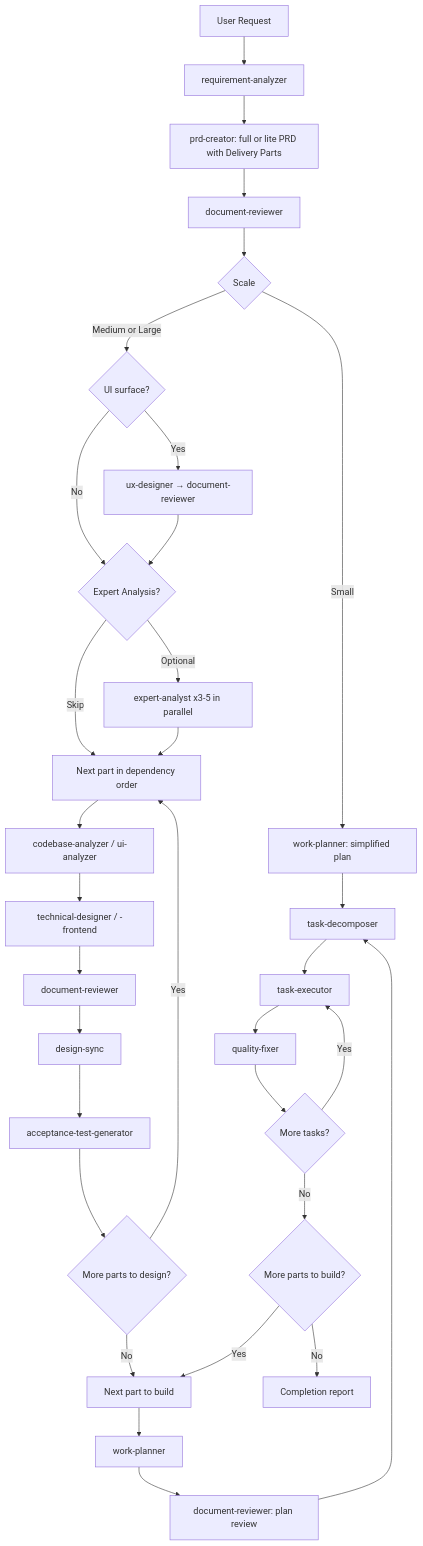
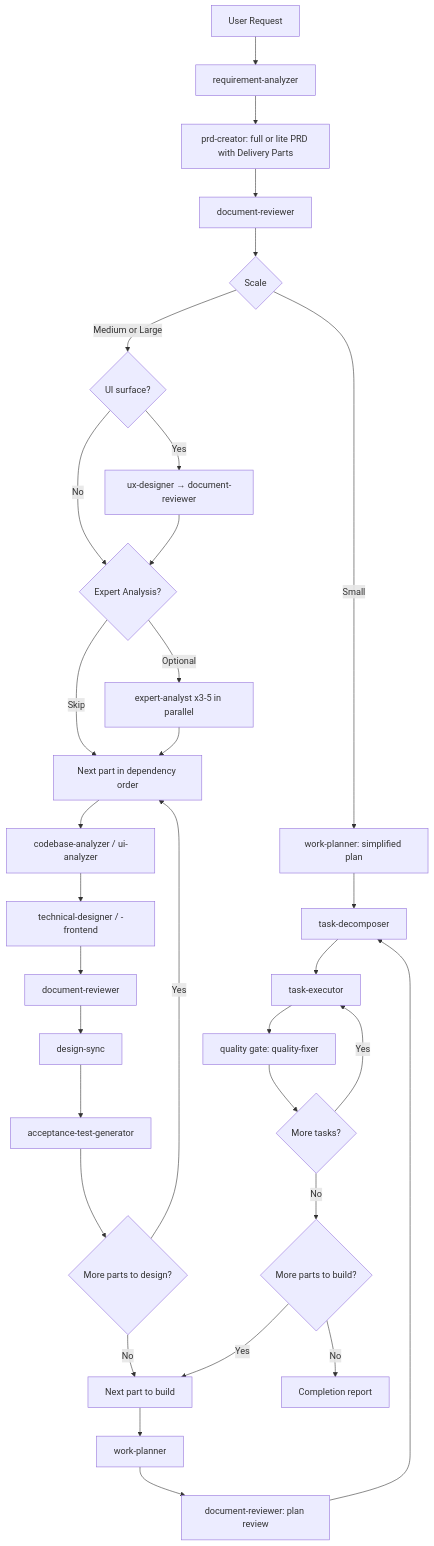
The first of 5 diagrams in docs/overture/workflows.md (tundraray/overture), drawn with Mermaid before and after one commit. The commit also changed other lines of this file and 31 other files, not shown here.

````diff
--- a/docs/overture/workflows.md
+++ b/docs/overture/workflows.md
@@ -31,38 +31,38 @@
 ```mermaid
 graph TB
     A[User Request] --> B[requirement-analyzer]
     B --> C[prd-creator: full or lite PRD with Delivery Parts]
     C --> CR[document-reviewer]
     CR --> SCALE{Scale}
 
     SCALE --> |Small| SP[work-planner: simplified plan]
     SCALE --> |Medium or Large| UX{UI surface?}
     UX --> |Yes| UXD[ux-designer → document-reviewer]
     UX --> |No| EX{Expert Analysis?}
     UXD --> EX
     EX --> |Optional| EA[expert-analyst x3-5 in parallel]
     EX --> |Skip| PART[Next part in dependency order]
     EA --> PART
 
     PART --> AN[codebase-analyzer / ui-analyzer]
     AN --> D[technical-designer / -frontend]
     D --> DR[document-reviewer]
     DR --> DS[design-sync]
     DS --> F[acceptance-test-generator]
     F --> MORE{More parts to design?}
     MORE --> |Yes| PART
     MORE --> |No| BP[Next part to build]
 
     BP --> G[work-planner]
     G --> PR[document-reviewer: plan review]
     PR --> H[task-decomposer]
     SP --> H
 
     H --> I[task-executor]
-    I --> J[quality-fixer]
+    I --> J[quality gate: quality-fixer]
     J --> K{More tasks?}
     K --> |Yes| I
     K --> |No| L{More parts to build?}
     L --> |Yes| BP
     L --> |No| M[Completion report]
 ```
````
